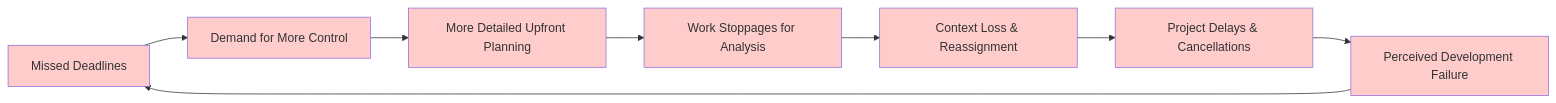
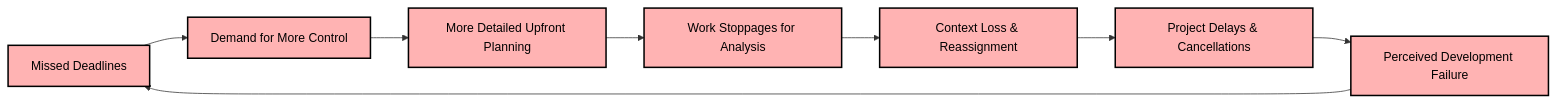
Before and after one commit to benjgrad/EM: the second of 8 diagrams in README.md, drawn with Mermaid. The commit also changed other lines of this file, not shown here.

````diff
--- a/README.md
+++ b/README.md
@@ -139,18 +132,18 @@
 ```mermaid
 graph LR
     A[Missed Deadlines] --> B[Demand for More Control]
     B --> C[More Detailed Upfront Planning]
     C --> D[Work Stoppages for Analysis]
     D --> E[Context Loss & Reassignment]
     E --> F[Project Delays & Cancellations]
     F --> G[Perceived Development Failure]
     G --> A
     
-    style A fill:#ffcccc
-    style B fill:#ffcccc
-    style C fill:#ffcccc
-    style D fill:#ffcccc
-    style E fill:#ffcccc
-    style F fill:#ffcccc
-    style G fill:#ffcccc
+    style A fill:#ffb3b3,stroke:#000,stroke-width:2px,color:#000
+    style B fill:#ffb3b3,stroke:#000,stroke-width:2px,color:#000
+    style C fill:#ffb3b3,stroke:#000,stroke-width:2px,color:#000
+    style D fill:#ffb3b3,stroke:#000,stroke-width:2px,color:#000
+    style E fill:#ffb3b3,stroke:#000,stroke-width:2px,color:#000
+    style F fill:#ffb3b3,stroke:#000,stroke-width:2px,color:#000
+    style G fill:#ffb3b3,stroke:#000,stroke-width:2px,color:#000
 ```
````
